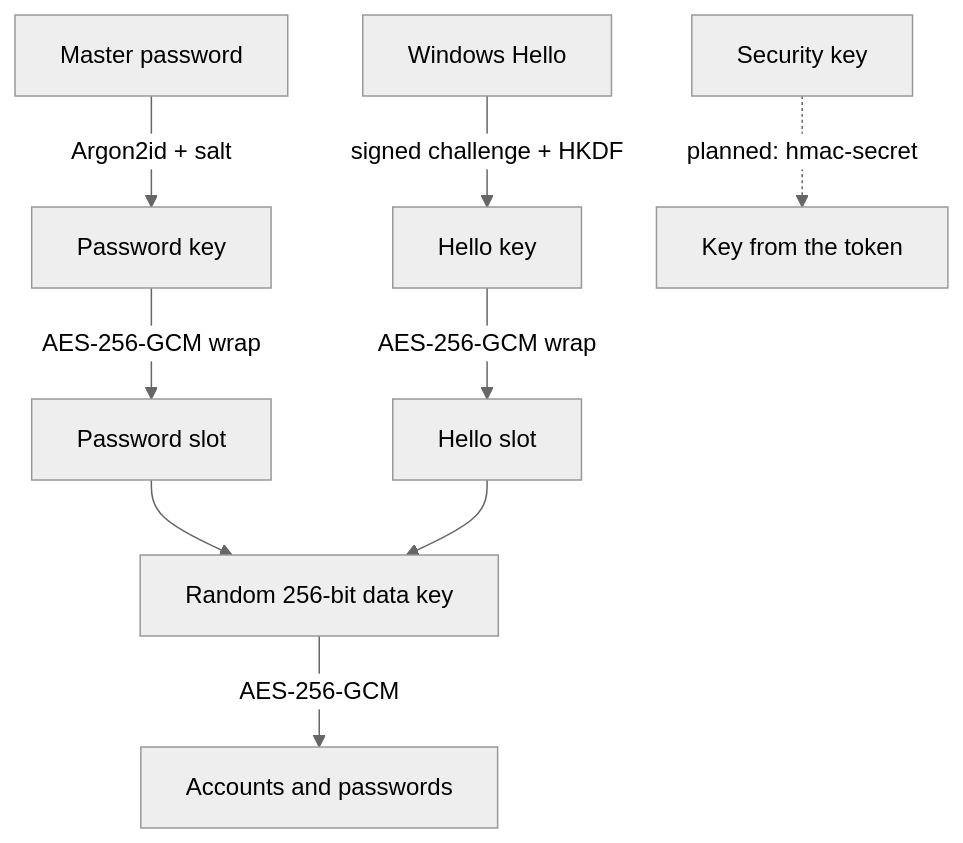
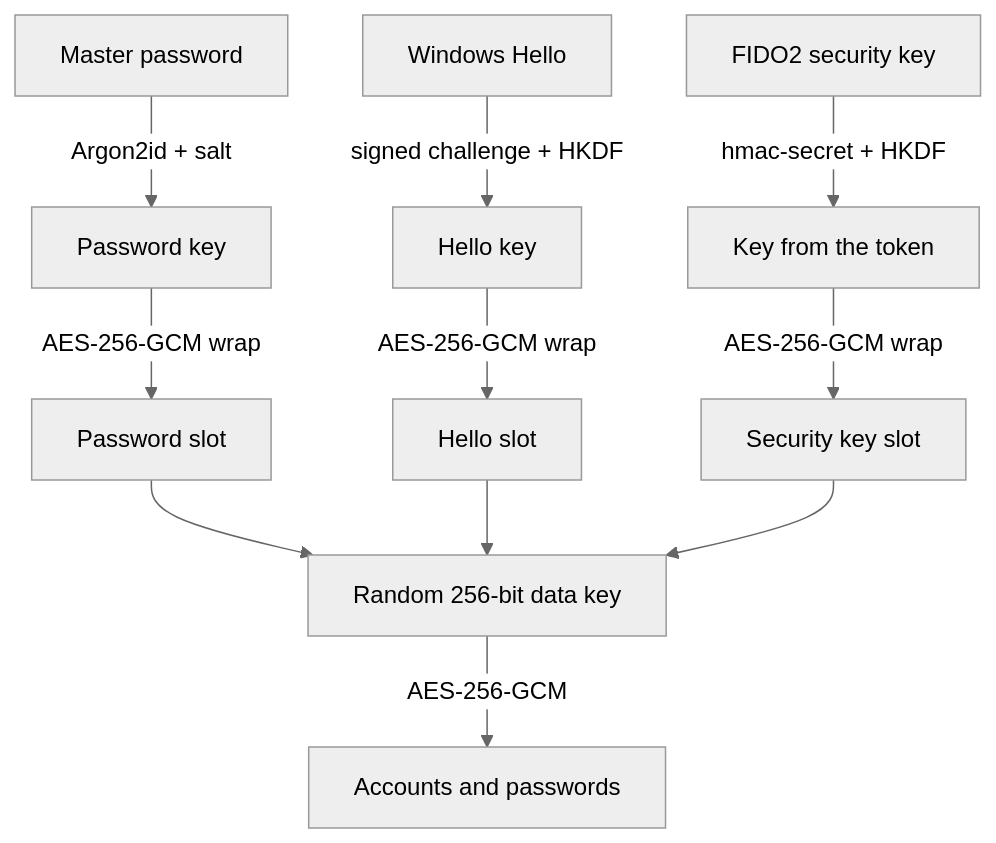
The diagram in docs/Security.md (GabrielVergara/MasterSafeAuthenticator), drawn with Mermaid (neutral theme) before and after one commit. The commit also changed other lines of this file and 16 other files, not shown here.

First line of the commit message:
Add FIDO2 security key unlock for Windows

````diff
--- a/docs/Security.md
+++ b/docs/Security.md
@@ -8,11 +8,13 @@
 ```mermaid
 flowchart TD
     MP[Master password] -->|Argon2id + salt| KEK1[Password key]
     HELLO[Windows Hello] -->|signed challenge + HKDF| KEK2[Hello key]
-    FIDO[Security key] -.->|planned: hmac-secret| KEK3[Key from the token]
+    FIDO[FIDO2 security key] -->|hmac-secret + HKDF| KEK3[Key from the token]
     KEK1 -->|AES-256-GCM wrap| SLOT1[Password slot]
     KEK2 -->|AES-256-GCM wrap| SLOT2[Hello slot]
+    KEK3 -->|AES-256-GCM wrap| SLOT3[Security key slot]
     SLOT1 --> DEK[Random 256-bit data key]
     SLOT2 --> DEK
+    SLOT3 --> DEK
     DEK -->|AES-256-GCM| VAULT[Accounts and passwords]
 ```
````
